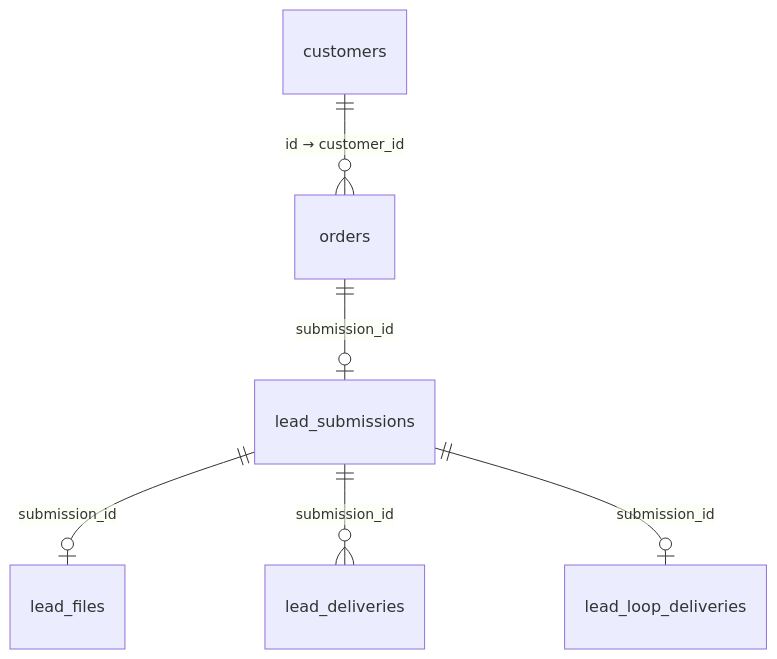
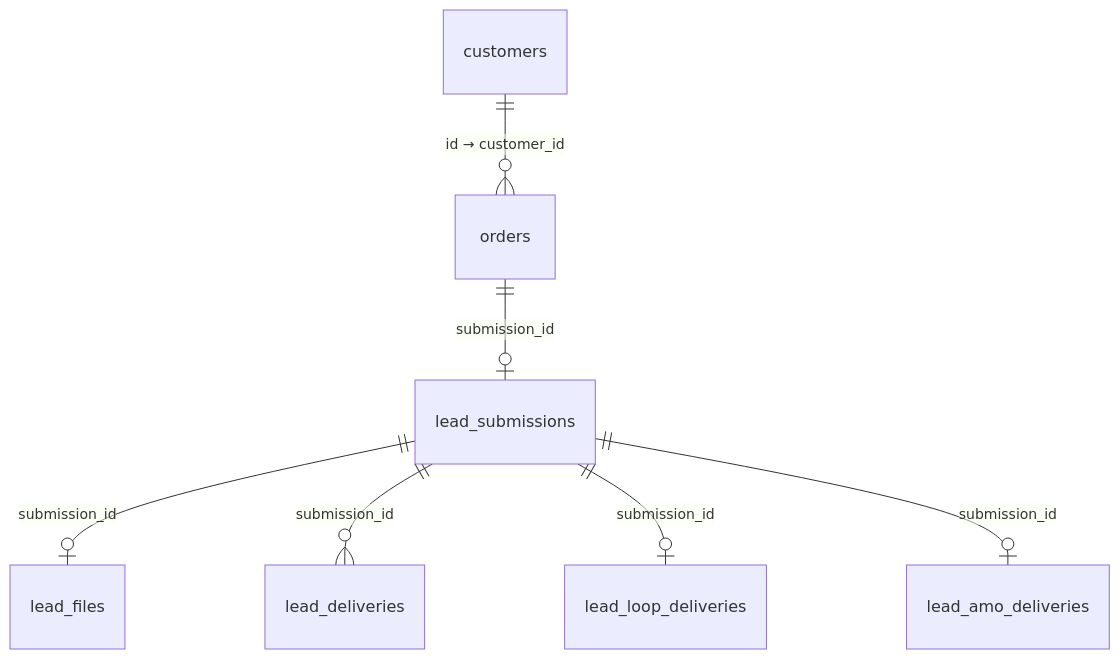
Before and after one commit to mirkenson/needleshark: the diagram in docs/DATABASE.md, drawn with Mermaid. The commit also changed other lines of this file and 11 other files, not shown here.

````diff
--- a/docs/DATABASE.md
+++ b/docs/DATABASE.md
@@ -27,8 +34,9 @@
 ```mermaid
 erDiagram
     customers ||--o{ orders : "id → customer_id"
     orders ||--o| lead_submissions : submission_id
     lead_submissions ||--o| lead_files : submission_id
     lead_submissions ||--o{ lead_deliveries : submission_id
     lead_submissions ||--o| lead_loop_deliveries : submission_id
+    lead_submissions ||--o| lead_amo_deliveries : submission_id
 ```
````
